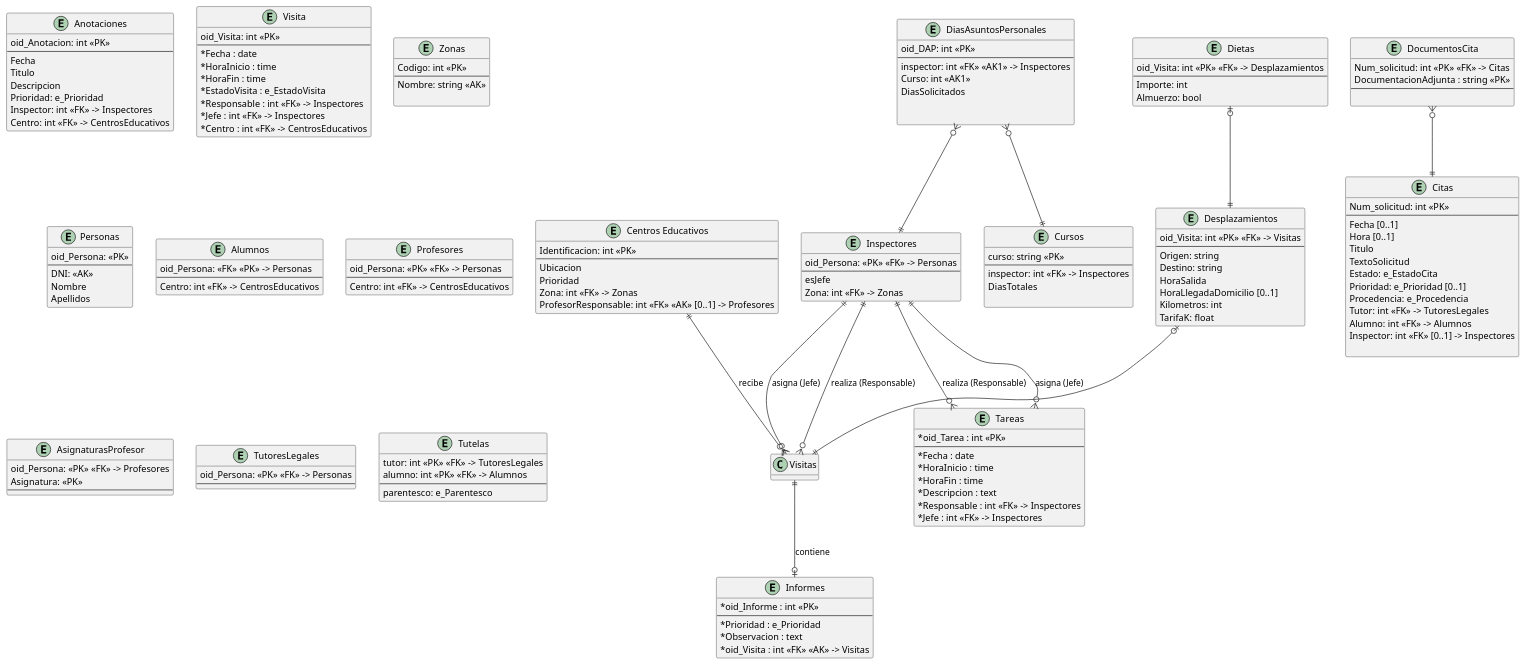
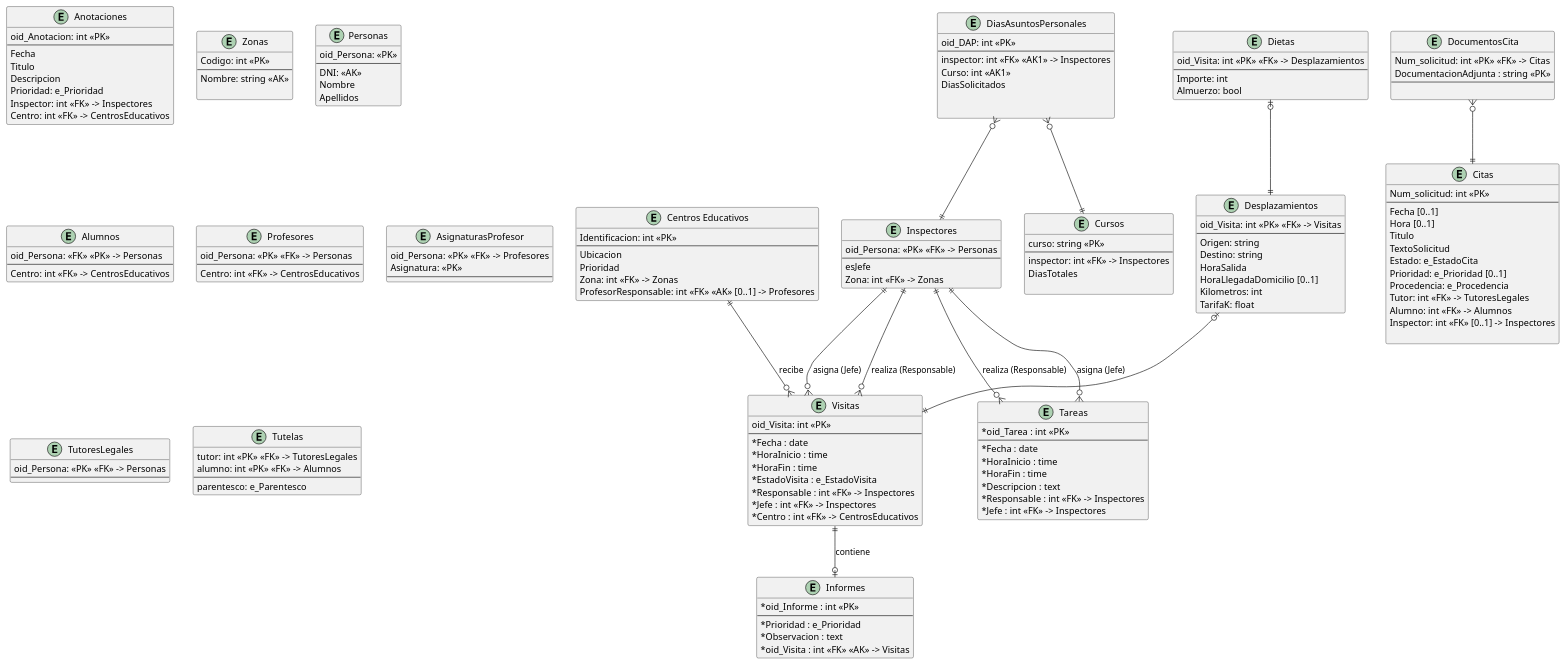
Before and after one commit to lorenzomaranon/ProyectoBD_Inspeccion_Educativa: the diagram in modelado/modelado_relacional.puml, drawn with PlantUML.

Commit message:
Modifica plural a entidad visita

```diff
--- a/modelado/modelado_relacional.puml
+++ b/modelado/modelado_relacional.puml
@@ -1,192 +1,192 @@
 @startuml modelado_relacional
 hide methods
 skinparam ClassAttributeIconSize 0
 
 
 entity "Centros Educativos" as CentrosEducativos {
     Identificacion: int <<PK>>
     --
     Ubicacion
     Prioridad
     Zona: int <<FK>> -> Zonas
     ProfesorResponsable: int <<FK>> <<AK>> [0..1] -> Profesores
 }
 
 
 entity DocumentosCita {
     Num_solicitud: int <<PK>> <<FK>> -> Citas
     DocumentacionAdjunta : string <<PK>>
     --
      
 }
 entity Citas {
     Num_solicitud: int <<PK>> 
     --
     Fecha [0..1]
     Hora [0..1]
     Titulo
     TextoSolicitud
     Estado: e_EstadoCita
     Prioridad: e_Prioridad [0..1]
     Procedencia: e_Procedencia
     Tutor: int <<FK>> -> TutoresLegales
     Alumno: int <<FK>> -> Alumnos
     Inspector: int <<FK>> [0..1] -> Inspectores
 
 }
 
 entity Anotaciones {
     oid_Anotacion: int <<PK>>
     --
     Fecha
     Titulo
     Descripcion
     Prioridad: e_Prioridad
     Inspector: int <<FK>> -> Inspectores
     Centro: int <<FK>> -> CentrosEducativos
 }
 
 
 
-entity Visita {
+entity Visitas {
     oid_Visita: int <<PK>>
     --
     *Fecha : date
     *HoraInicio : time
     *HoraFin : time
     *EstadoVisita : e_EstadoVisita
     *Responsable : int <<FK>> -> Inspectores
     *Jefe : int <<FK>> -> Inspectores
     *Centro : int <<FK>> -> CentrosEducativos
 }
 
 entity Informes {
     *oid_Informe : int <<PK>>
     --
     *Prioridad : e_Prioridad
     *Observacion : text
     *oid_Visita : int <<FK>> <<AK>> -> Visitas
 }
 
 entity Tareas {
     *oid_Tarea : int <<PK>>
     --
     *Fecha : date
     *HoraInicio : time
     *HoraFin : time
     *Descripcion : text
     *Responsable : int <<FK>> -> Inspectores
     *Jefe : int <<FK>> -> Inspectores
 }
 
 
 
 entity Zonas {
     Codigo: int <<PK>>
     --
     Nombre: string <<AK>>
     
 }
 
 entity Personas {
     oid_Persona: <<PK>>
     --
     DNI: <<AK>>
     Nombre
     Apellidos
 }
 
 entity Inspectores {
     oid_Persona: <<PK>> <<FK>> -> Personas
     --
     esJefe
     Zona: int <<FK>> -> Zonas
 }
 entity Alumnos {
     oid_Persona: <<FK>> <<PK>> -> Personas
     --
     Centro: int <<FK>> -> CentrosEducativos
 }
 
 entity Profesores {
     oid_Persona: <<PK>> <<FK>> -> Personas
     --
     Centro: int <<FK>> -> CentrosEducativos
 }
 
 entity AsignaturasProfesor {
     oid_Persona: <<PK>> <<FK>> -> Profesores
     Asignatura: <<PK>>
     --
 }
 
 entity TutoresLegales {
     oid_Persona: <<PK>> <<FK>> -> Personas
     --
 }
 
 entity Tutelas {
     tutor: int <<PK>> <<FK>> -> TutoresLegales
     alumno: int <<PK>> <<FK>> -> Alumnos
     --
     parentesco: e_Parentesco
 }
 
 Inspectores ||--o{ Visitas : realiza (Responsable)
 Inspectores ||--o{ Visitas : asigna (Jefe)
 Inspectores ||--o{ Tareas : realiza (Responsable)
 Inspectores ||--o{ Tareas : asigna (Jefe)
 CentrosEducativos ||--o{ Visitas : recibe
 Visitas ||--o| Informes : contiene
 
 
 entity Desplazamientos {
     oid_Visita: int <<PK>> <<FK>> -> Visitas
     --
     Origen: string
     Destino: string
     HoraSalida
     HoraLlegadaDomicilio [0..1]
     Kilometros: int
     TarifaK: float
 }
 
 
 entity Dietas {
     oid_Visita: int <<PK>> <<FK>> -> Desplazamientos
     --
     Importe: int
     Almuerzo: bool
 }
 
 
 Desplazamientos |o--||Visitas
 Dietas |o--||Desplazamientos
 
 
 entity DiasAsuntosPersonales {
     oid_DAP: int <<PK>>
     --
     inspector: int <<FK>> <<AK1>> -> Inspectores
     Curso: int <<AK1>>
     DiasSolicitados
     
     
 }
 
 
 entity Cursos {
     curso: string <<PK>>
     --
     inspector: int <<FK>> -> Inspectores
     DiasTotales
 
 }
 
 DiasAsuntosPersonales }o--||Cursos
 DiasAsuntosPersonales }o--||Inspectores
 
 '------- ASOCIACIONES --------------------------------------
 DocumentosCita }o--|| Citas
 
 @enduml
```
